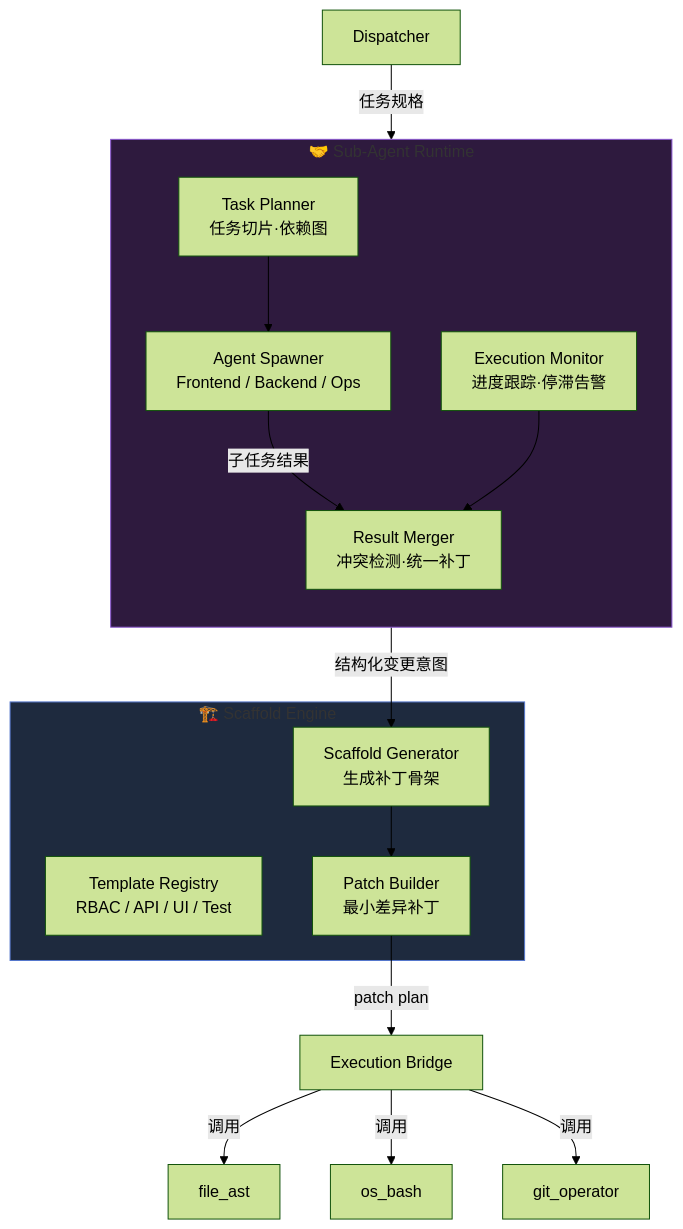
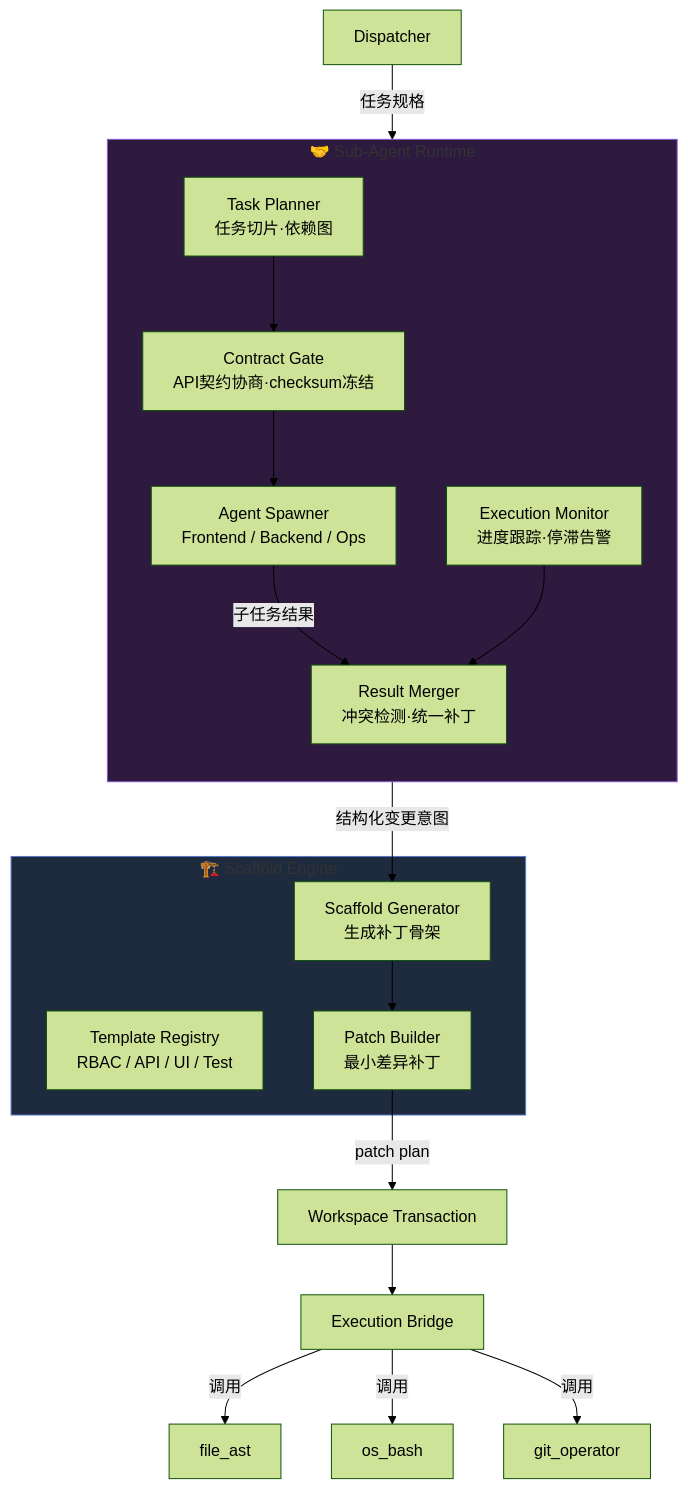
Diagram 14 of 17 in doc/12-limbs-layer-modules.md (Yidhar/Embla_System), drawn with Mermaid (forest theme) before and after one commit. The commit also changed other lines of this file and 13 other files, not shown here.

Commit message:
docs: refresh architecture specs and security blindspot baseline

````diff
--- a/doc/12-limbs-layer-modules.md
+++ b/doc/12-limbs-layer-modules.md
@@ -613,28 +748,31 @@
 ```mermaid
 flowchart TB
     subgraph SARuntime["🤝 Sub-Agent Runtime"]
         direction TB
         PLANNER["Task Planner<br/>任务切片·依赖图"]
+        CONTRACT_GATE["Contract Gate<br/>API契约协商·checksum冻结"]
         SPAWNER["Agent Spawner<br/>Frontend / Backend / Ops"]
         MERGER["Result Merger<br/>冲突检测·统一补丁"]
         MONITOR["Execution Monitor<br/>进度跟踪·停滞告警"]
     end
 
     subgraph Scaffold["🏗️ Scaffold Engine"]
         TEMPLATES["Template Registry<br/>RBAC / API / UI / Test"]
         GENERATOR["Scaffold Generator<br/>生成补丁骨架"]
         PATCH_BUILDER["Patch Builder<br/>最小差异补丁"]
     end
 
     DISPATCHER["Dispatcher"] -->|"任务规格"| PLANNER
-    PLANNER --> SPAWNER
+    PLANNER --> CONTRACT_GATE
+    CONTRACT_GATE --> SPAWNER
     SPAWNER -->|"子任务结果"| MERGER
     MERGER -->|"结构化变更意图"| GENERATOR
     GENERATOR --> PATCH_BUILDER
-    PATCH_BUILDER -->|"patch plan"| EXEC_BRIDGE["Execution Bridge"]
+    PATCH_BUILDER -->|"patch plan"| TXN["Workspace Transaction"]
+    TXN --> EXEC_BRIDGE["Execution Bridge"]
     EXEC_BRIDGE -->|"调用"| FILE_AST["file_ast"] & BASH["os_bash"] & GIT_OP["git_operator"]
     MONITOR --> MERGER
 
     style SARuntime fill:#2e1a3e,stroke:#8855cc
     style Scaffold fill:#1e2a3e,stroke:#5577cc
 ```
````
